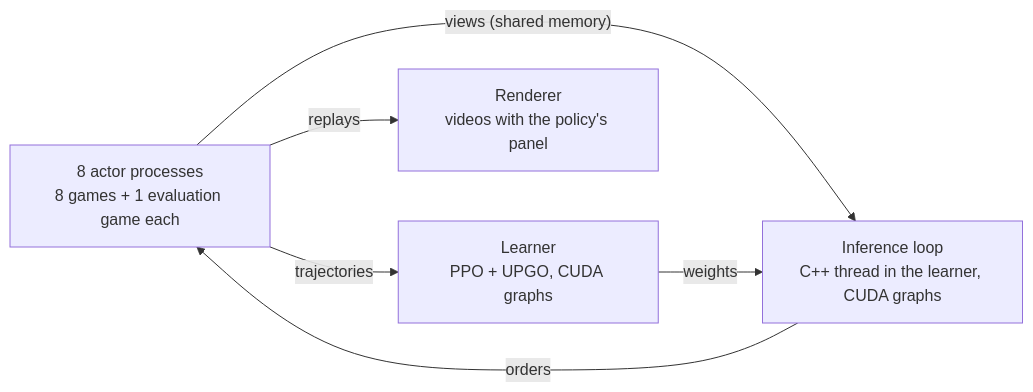
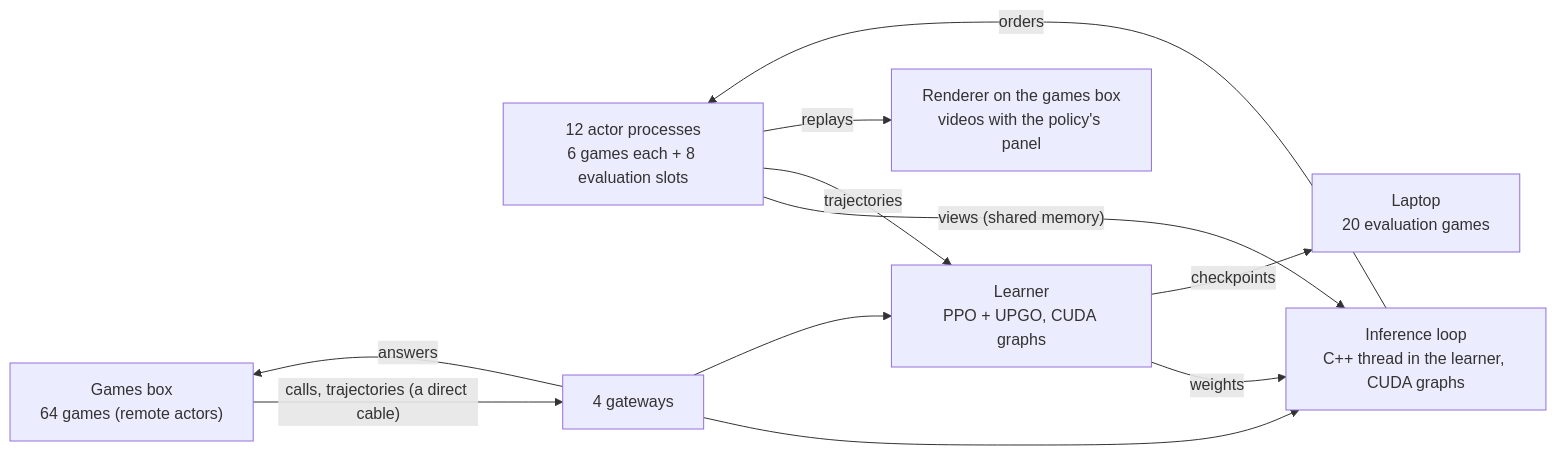
One commit to RobinKa/warcraftsim changed the second of 5 diagrams in docs/architecture.md. Above: the diagram before and after it, drawn with Mermaid. The commit also changed other lines of this file and 6 other files, not shown here.

First line of the commit message:
Docs: optimizations, architecture and model brought up to date; the speed limit corrected

````diff
--- a/docs/architecture.md
+++ b/docs/architecture.md
@@ -31,8 +31,13 @@
 ```mermaid
 flowchart LR
-  A["8 actor processes<br/>8 games + 1 evaluation game each"] -- "views (shared memory)" --> I["Inference loop<br/>C++ thread in the learner, CUDA graphs"]
+  A["12 actor processes<br/>6 games each + 8 evaluation slots"] -- "views (shared memory)" --> I["Inference loop<br/>C++ thread in the learner, CUDA graphs"]
   I -- "orders" --> A
   A -- "trajectories" --> L["Learner<br/>PPO + UPGO, CUDA graphs"]
   L -- "weights" --> I
-  A -- "replays" --> R["Renderer<br/>videos with the policy's panel"]
+  B["Games box<br/>64 games (remote actors)"] -- "calls, trajectories (a direct cable)" --> GW["4 gateways"]
+  GW -- "answers" --> B
+  GW --> I
+  GW --> L
+  L -- "checkpoints" --> E["Laptop<br/>20 evaluation games"]
+  A -- "replays" --> R["Renderer on the games box<br/>videos with the policy's panel"]
 ```
````
